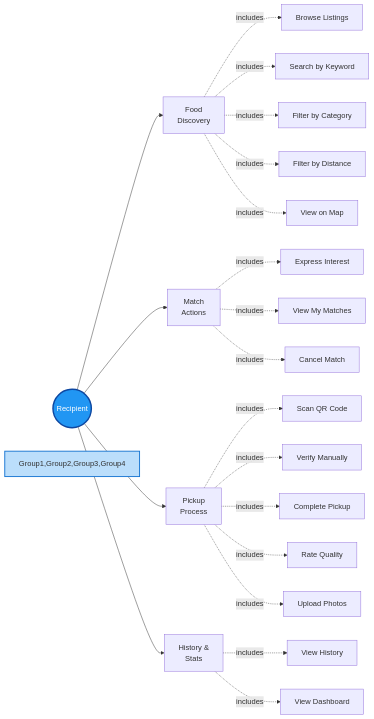
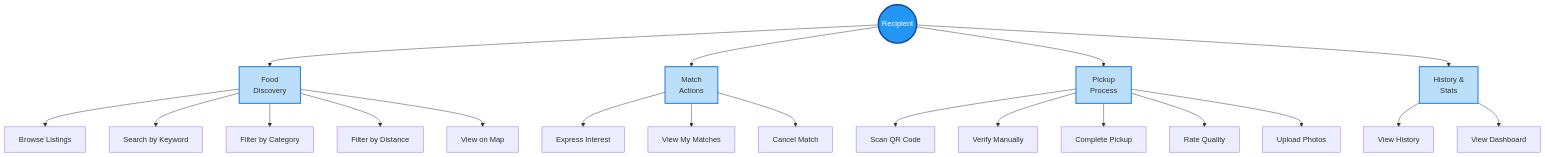
The third of 5 diagrams in USE_CASE_DIAGRAM_SIMPLIFIED.md (haziqfaruqi/MyFoodshare), drawn with Mermaid before and after one commit. The commit also changed other lines of this file and 1 other file, not shown here.

````diff
--- a/USE_CASE_DIAGRAM_SIMPLIFIED.md
+++ b/USE_CASE_DIAGRAM_SIMPLIFIED.md
@@ -135,29 +140,34 @@
 ```mermaid
-graph LR
-    Recipient((Recipient)) --> Group1[Food<br/>Discovery]
+graph TD
+    Recipient((Recipient))
+
+    Recipient --> Group1[Food<br/>Discovery]
     Recipient --> Group2[Match<br/>Actions]
     Recipient --> Group3[Pickup<br/>Process]
     Recipient --> Group4[History &<br/>Stats]
 
-    Group1 -.includes.-> UC1A[Browse Listings]
-    Group1 -.includes.-> UC1B[Search by Keyword]
-    Group1 -.includes.-> UC1C[Filter by Category]
-    Group1 -.includes.-> UC1D[Filter by Distance]
-    Group1 -.includes.-> UC1E[View on Map]
+    Group1 --> UC1A[Browse Listings]
+    Group1 --> UC1B[Search by Keyword]
+    Group1 --> UC1C[Filter by Category]
+    Group1 --> UC1D[Filter by Distance]
+    Group1 --> UC1E[View on Map]
 
-    Group2 -.includes.-> UC2A[Express Interest]
-    Group2 -.includes.-> UC2B[View My Matches]
-    Group2 -.includes.-> UC2C[Cancel Match]
+    Group2 --> UC2A[Express Interest]
+    Group2 --> UC2B[View My Matches]
+    Group2 --> UC2C[Cancel Match]
 
-    Group3 -.includes.-> UC3A[Scan QR Code]
-    Group3 -.includes.-> UC3B[Verify Manually]
-    Group3 -.includes.-> UC3C[Complete Pickup]
-    Group3 -.includes.-> UC3D[Rate Quality]
-    Group3 -.includes.-> UC3E[Upload Photos]
+    Group3 --> UC3A[Scan QR Code]
+    Group3 --> UC3B[Verify Manually]
+    Group3 --> UC3C[Complete Pickup]
+    Group3 --> UC3D[Rate Quality]
+    Group3 --> UC3E[Upload Photos]
 
-    Group4 -.includes.-> UC4A[View History]
-    Group4 -.includes.-> UC4B[View Dashboard]
+    Group4 --> UC4A[View History]
+    Group4 --> UC4B[View Dashboard]
 
     style Recipient fill:#2196F3,stroke:#0D47A1,stroke-width:3px,color:#fff
-    style Group1,Group2,Group3,Group4 fill:#BBDEFB,stroke:#1976D2,stroke-width:2px
+    style Group1 fill:#BBDEFB,stroke:#1976D2,stroke-width:2px
+    style Group2 fill:#BBDEFB,stroke:#1976D2,stroke-width:2px
+    style Group3 fill:#BBDEFB,stroke:#1976D2,stroke-width:2px
+    style Group4 fill:#BBDEFB,stroke:#1976D2,stroke-width:2px
 ```
````
